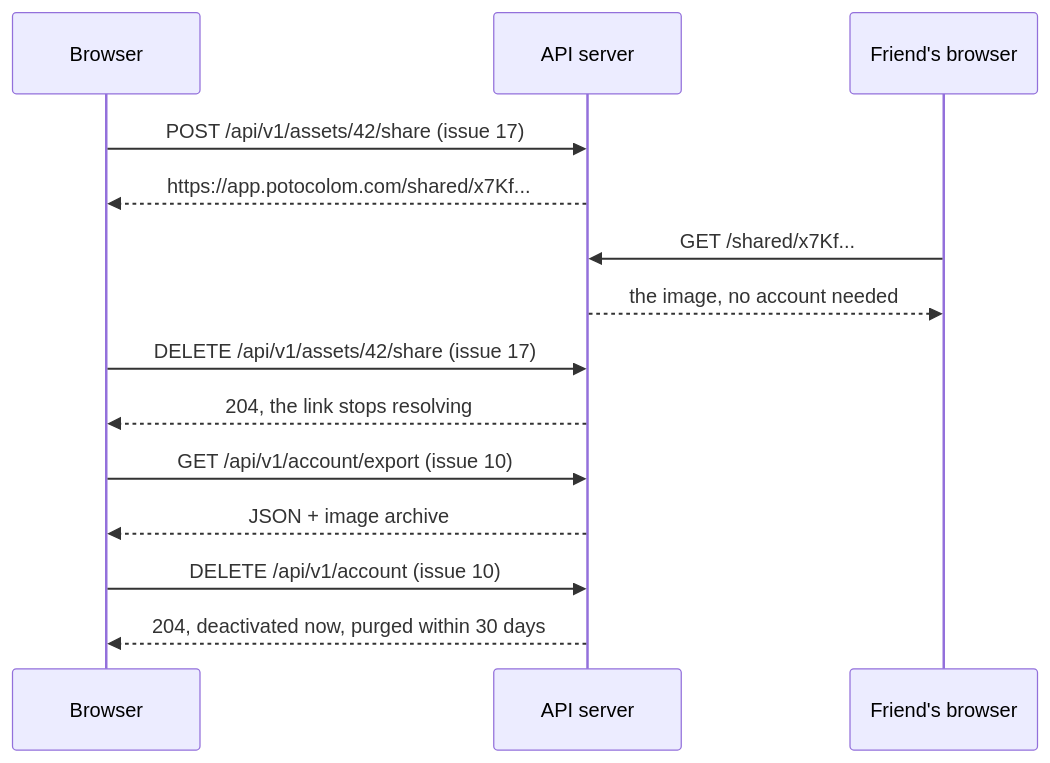
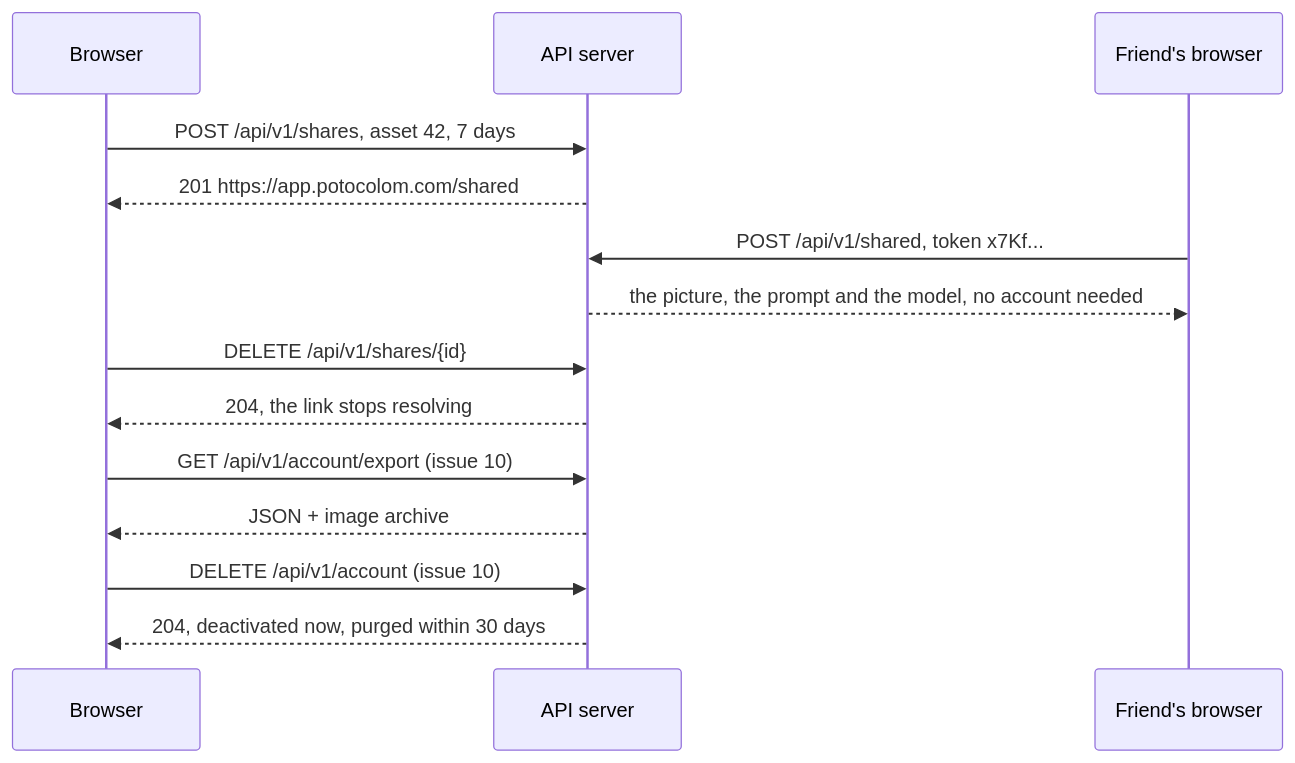
One commit to Portocolom-Studio/potocolom changed the third of 3 diagrams in docs/api.md. Above: the diagram before and after it, drawn with Mermaid. The commit also changed other lines of this file and 3 other files, not shown here.

````diff
--- a/docs/api.md
+++ b/docs/api.md
@@ -386,16 +396,16 @@
 ```mermaid
 sequenceDiagram
     participant B as Browser
     participant A as API server
     participant F as Friend's browser
-    B->>A: POST /api/v1/assets/42/share (issue 17)
-    A-->>B: https://app.potocolom.com/shared/x7Kf...
-    F->>A: GET /shared/x7Kf...
-    A-->>F: the image, no account needed
-    B->>A: DELETE /api/v1/assets/42/share (issue 17)
+    B->>A: POST /api/v1/shares, asset 42, 7 days
+    A-->>B: 201 https://app.potocolom.com/shared#x7Kf...
+    F->>A: POST /api/v1/shared, token x7Kf...
+    A-->>F: the picture, the prompt and the model, no account needed
+    B->>A: DELETE /api/v1/shares/{id}
     A-->>B: 204, the link stops resolving
     B->>A: GET /api/v1/account/export (issue 10)
     A-->>B: JSON + image archive
     B->>A: DELETE /api/v1/account (issue 10)
     A-->>B: 204, deactivated now, purged within 30 days
 ```
````
